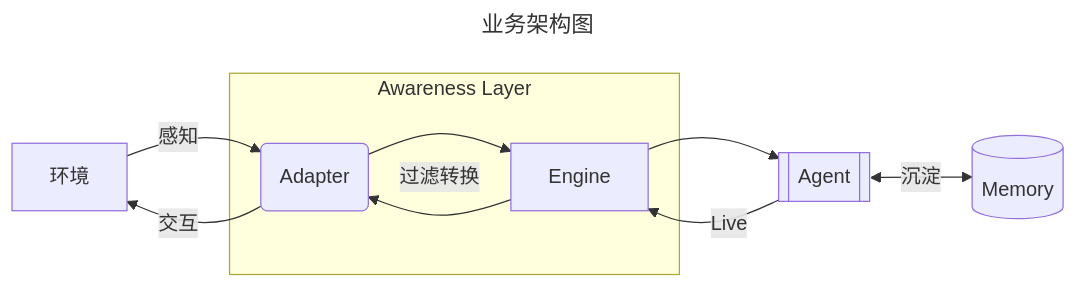
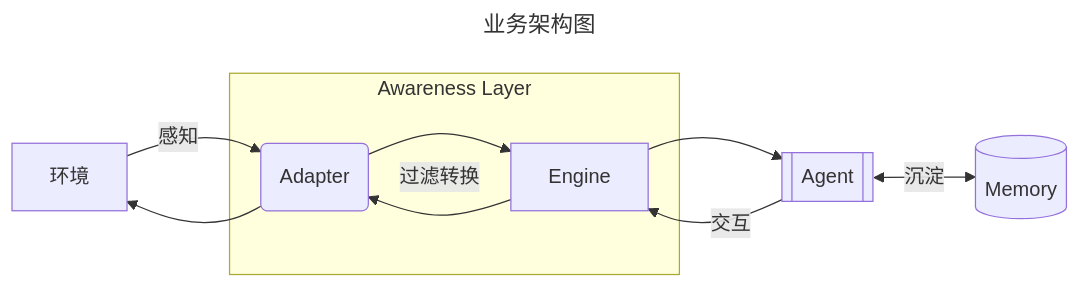
Before and after one commit to Nobeta-Work/tobe: the diagram in README.md, drawn with Mermaid. The commit also changed other lines of this file and 17 other files, not shown here.

````diff
--- a/README.md
+++ b/README.md
@@ -17,23 +18,22 @@
 ```mermaid
 ---
 title: 业务架构图
-config:
-    theme: null
 ---
 flowchart LR
     Env["环境"]
     subgraph Awa["Awareness Layer"]
         AAdap("Adapter")
         AEng["Engine"]
         AAdap --> AEng
         AEng --> AAdap
     end
     A[[Agent]]
     M[(Memory)]
 
 
-    Env -->|感知| AAdap -->|交互| Env
-    AEng --> A -->|Live| AEng
+    Env -->|感知| AAdap --> Env
+    AEng --> A -->|交互| AEng
     A <-->|沉淀| M
     AAdap ~~~|过滤转换| AEng
+
 ```
````
